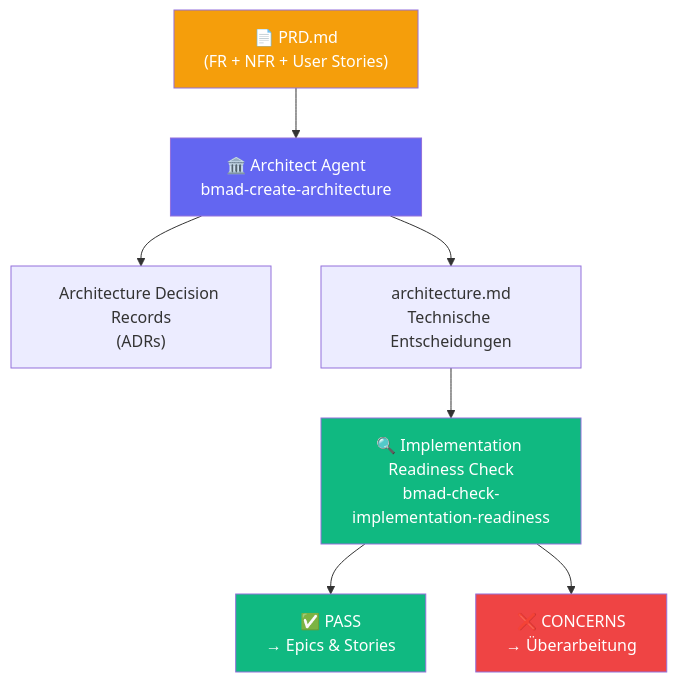
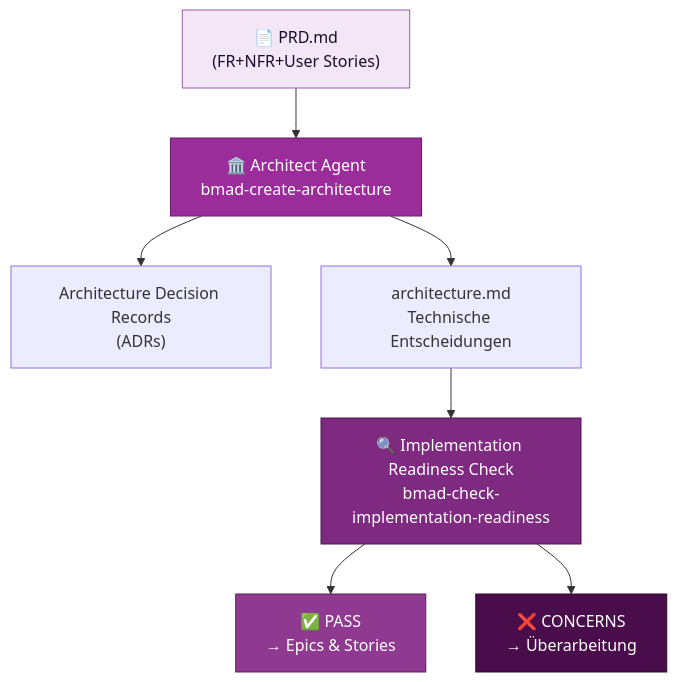
Before and after one commit to harrybin/presentations: the second of 2 diagrams in special-slides/bmad-anforderungen-tests/anforderungen-praezisieren.md, drawn with Mermaid. The commit also changed 7 other files, not shown here.

Commit message:
feat: add mermaid setup configuration with custom themes and styles

````diff
--- a/special-slides/bmad-anforderungen-tests/anforderungen-praezisieren.md
+++ b/special-slides/bmad-anforderungen-tests/anforderungen-praezisieren.md
@@ -234,18 +234,18 @@
 ```mermaid {scale: 0.5}
 flowchart TD
-    PRD["📄 PRD.md\n(FR + NFR + User Stories)"]
+    PRD["📄 PRD.md\n(FR+NFR+User Stories)"]
     
     PRD --> ARCH["🏛️ Architect Agent\nbmad-create-architecture"]
     ARCH --> ADR["Architecture Decision Records\n(ADRs)"]
     ARCH --> ARCH_DOC["architecture.md\nTechnische Entscheidungen"]
     
     ARCH_DOC --> CHECK["🔍 Implementation Readiness Check\nbmad-check-implementation-readiness"]
     CHECK --> PASS["✅ PASS\n→ Epics & Stories"]
     CHECK --> FAIL["❌ CONCERNS\n→ Überarbeitung"]
     
-    style PRD fill:#f59e0b,color:#fff
-    style ARCH fill:#6366f1,color:#fff
-    style CHECK fill:#10b981,color:#fff
-    style PASS fill:#10b981,color:#fff
-    style FAIL fill:#ef4444,color:#fff
+    style PRD fill:#f2e6f7,stroke:#9a5ca8,color:#1d0a2d
+    style ARCH fill:#9b2d9b,stroke:#631a63,color:#ffffff
+    style CHECK fill:#7e2a80,stroke:#4f1250,color:#ffffff
+    style PASS fill:#8f3a90,stroke:#5f1f62,color:#ffffff
+    style FAIL fill:#4a0d4b,stroke:#2e082f,color:#ffffff
 ```
````
